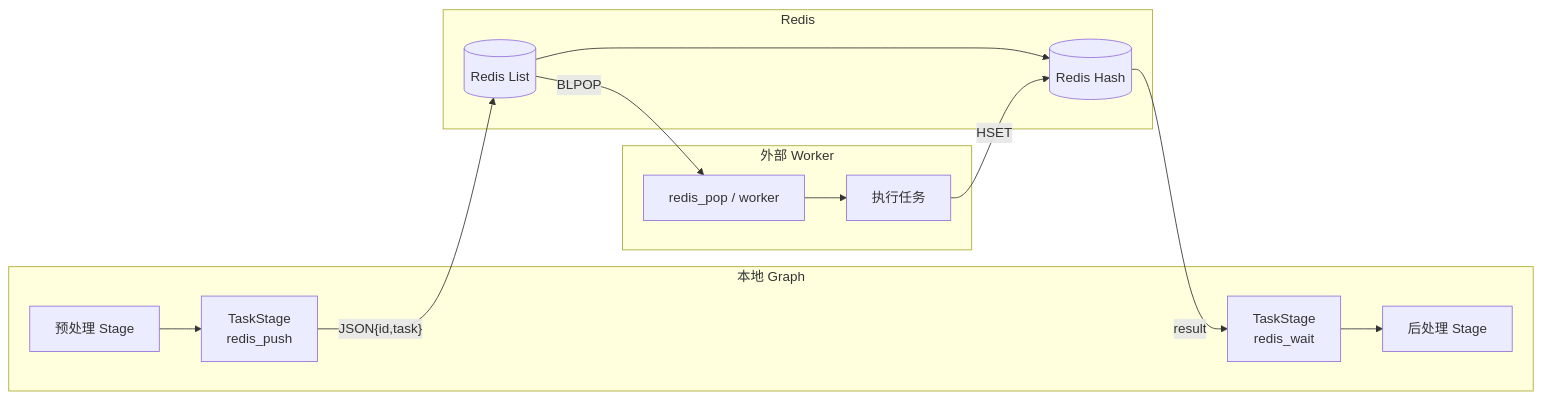
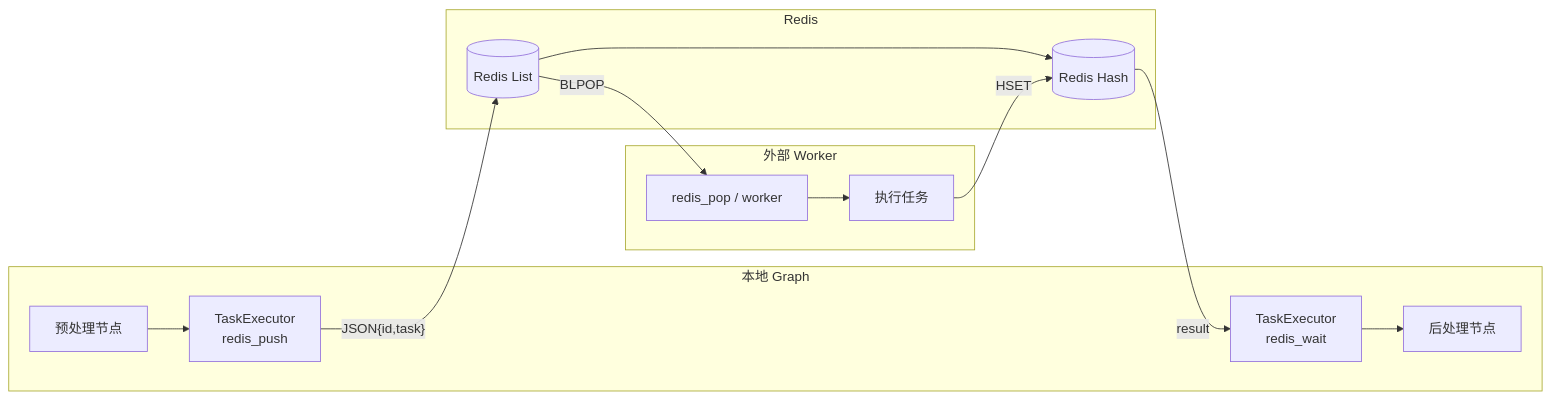
Before and after one commit to Mr-xiaotian/CelestialFlow: the ninth of 9 diagrams in docs/zh-CN/presentation.md, drawn with Mermaid. The commit also changed other lines of this file and 80 other files, not shown here.

````diff
--- a/docs/zh-CN/presentation.md
+++ b/docs/zh-CN/presentation.md
@@ -582,19 +580,19 @@
 ```mermaid
 graph LR
     subgraph 本地 Graph
-        A[预处理 Stage] --> B[TaskStage<br/>redis_push]
-        E[TaskStage<br/>redis_wait] --> F[后处理 Stage]
+        A[预处理节点] --> B[TaskExecutor<br/>redis_push]
+        E[TaskExecutor<br/>redis_wait] --> F[后处理节点]
     end
 
     subgraph Redis
         B -->|"JSON{id,task}"| C[(Redis List)]
         C --> D[(Redis Hash)]
         D -->|"result"| E
     end
 
     subgraph 外部 Worker
         C -->|BLPOP| G[redis_pop / worker]
         G --> H[执行任务]
         H -->|HSET| D
     end
 ```
````
